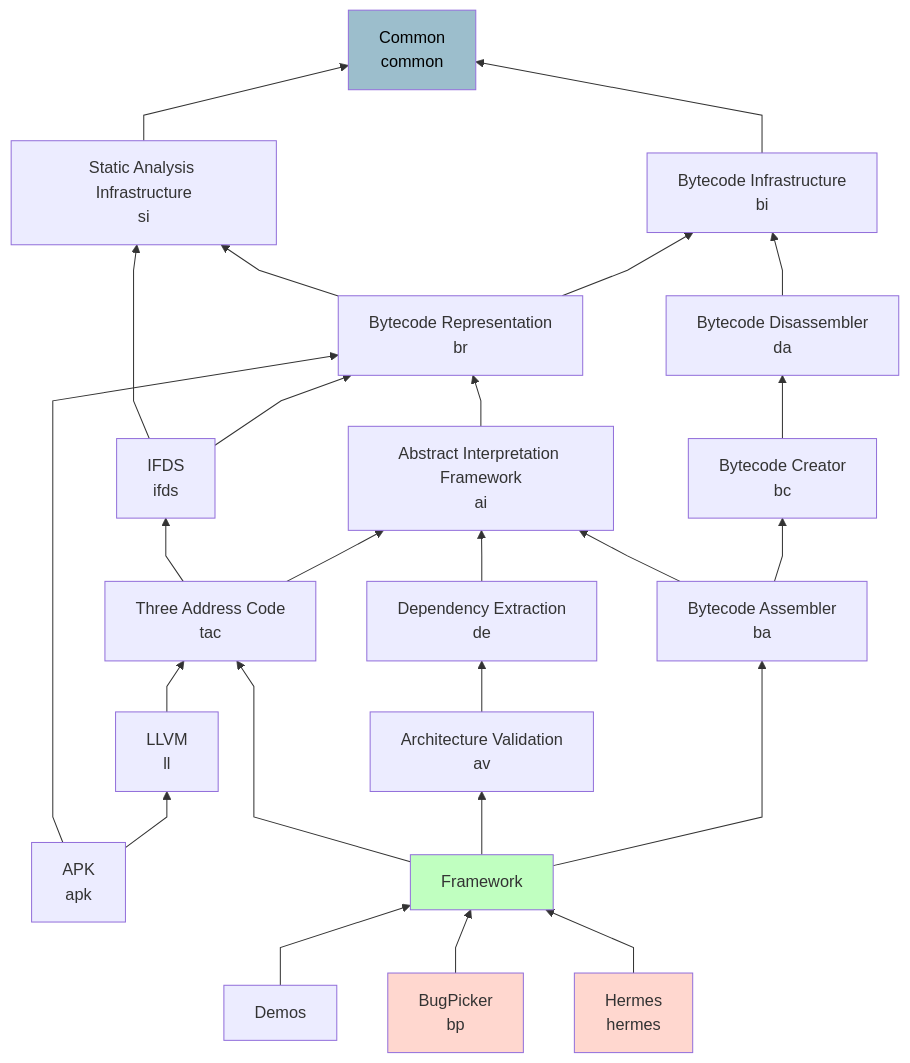
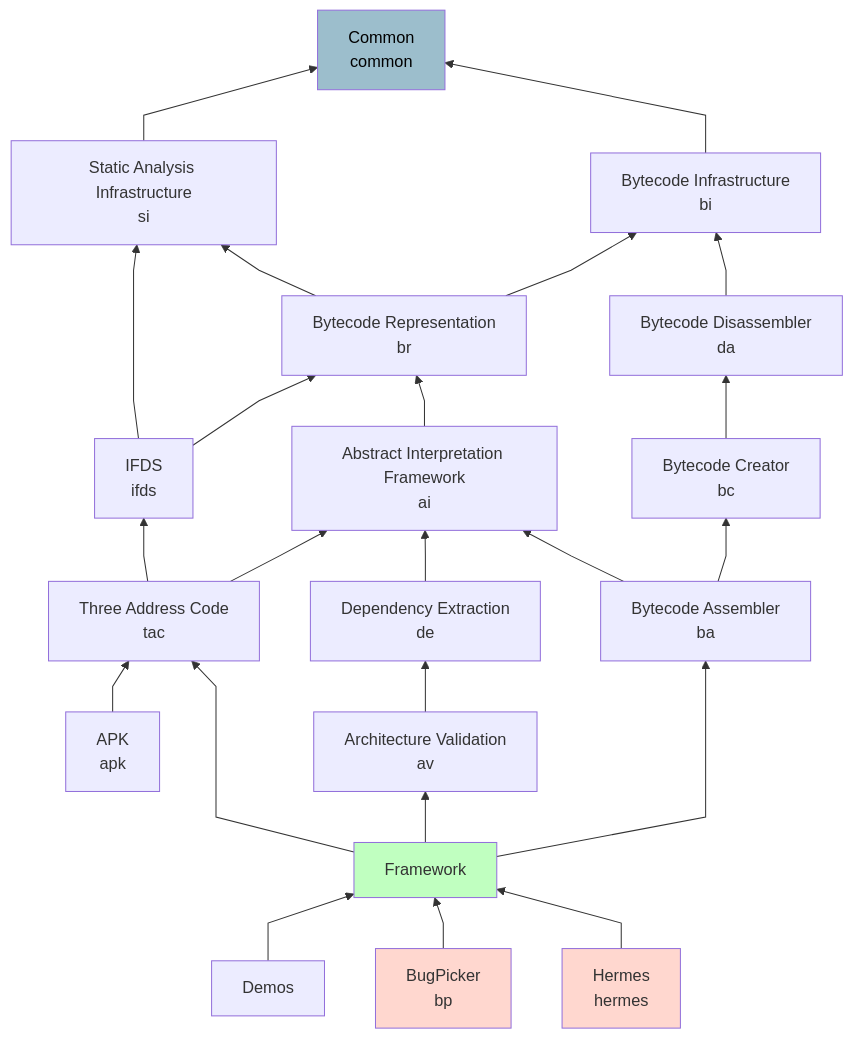
The diagram in OPAL/ProjectDependencies.mmd (opalj/opal), drawn with Mermaid before and after one commit. The commit also changed 78 other files, not shown here.

```diff
--- a/OPAL/ProjectDependencies.mmd
+++ b/OPAL/ProjectDependencies.mmd
@@ -1,70 +1,66 @@
 %%{ init: { 'flowchart': { 'curve': 'linear' } } }%%
 flowchart BT
     common[Common<br>common]
 
     si[Static Analysis Infrastructure<br>si]
     bi[Bytecode Infrastructure<br>bi]
 
     br[Bytecode Representation<br>br]
     da[Bytecode Disassembler<br>da]
 
     ifds[IFDS<br>ifds]
     ai[Abstract Interpretation Framework<br>ai]
     bc[Bytecode Creator<br>bc]
 
     tac[Three Address Code<br>tac]
     de[Dependency Extraction<br>de]
     ba[Bytecode Assembler<br>ba]
 
-    ll[LLVM<br>ll]
     apk[APK<br>apk]
     av[Architecture Validation<br>av]
 
     framework[Framework]
 
     demos[Demos]
     bp[BugPicker<br>bp]
     hermes[Hermes<br>hermes]
 
     style common fill:#9cbecc,color:black
     style framework fill:#c0ffc0
     style bp fill:#ffd7cf
     style hermes fill:#ffd7cf
 
     si --> common
 
     bi --> common
 
     br --> si
     br --> bi
     da --> bi
 
     ifds --> si
     ifds --> br
 
     ai --> br
 
     bc --> da
 
     de --> ai
 
     tac --> ifds
     tac --> ai
 
-    ll --> tac
-
-    apk --> br
-    apk --> ll
+    apk --> tac
 
     ba --> ai
     ba --> bc
 
     av --> de
 
     framework --> tac
     framework --> av
     framework --> ba
     
     demos --> framework
     bp --> framework
     hermes --> framework
```
